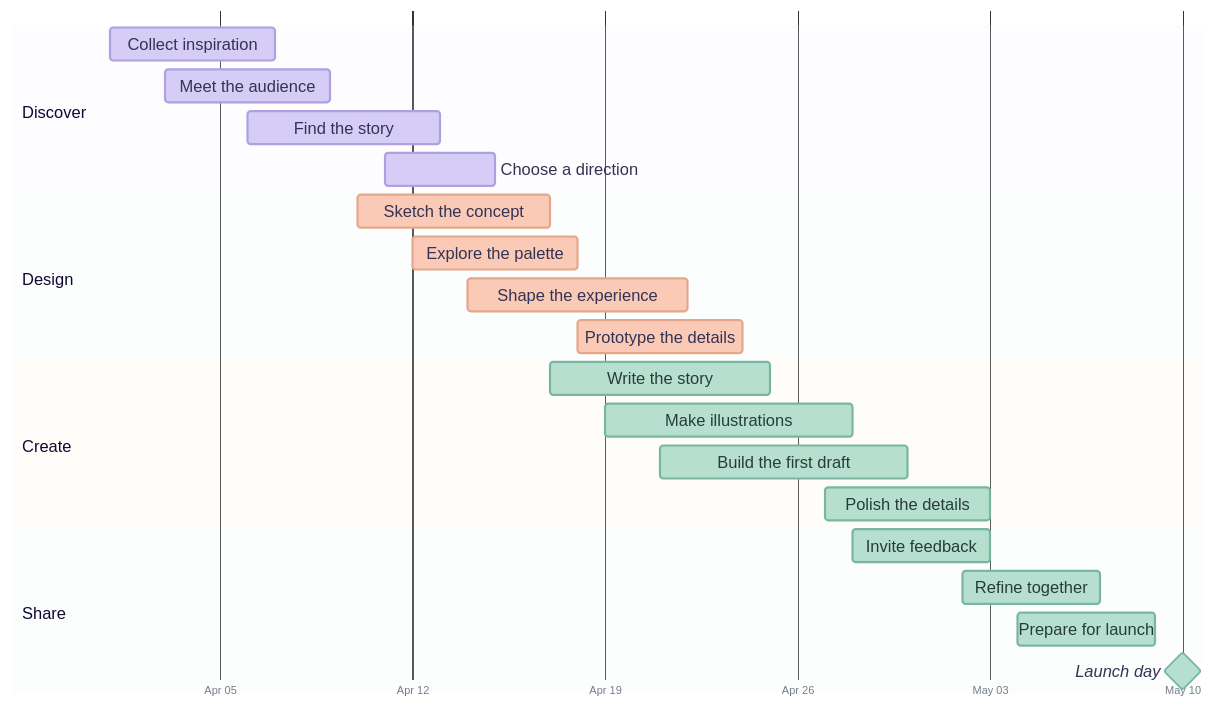
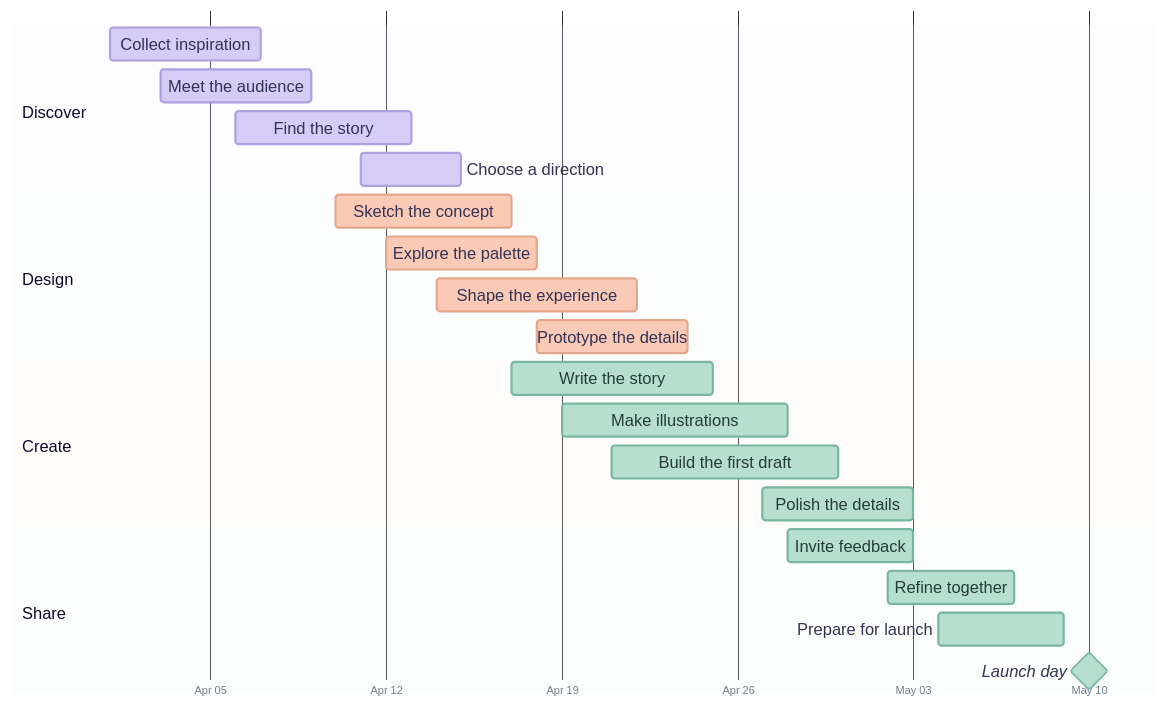
One commit to ThorFuchs/Swift-Mermaid changed the diagram in Examples/MermaidGallery/Sources/GalleryContent/Diagrams/gantt.mmd. Above: the diagram before and after it, drawn with Mermaid. The commit also changed 32 other files, not shown here.

Commit message:
Polish diagram gallery and release 0.1.5

```diff
--- a/Examples/MermaidGallery/Sources/GalleryContent/Diagrams/gantt.mmd
+++ b/Examples/MermaidGallery/Sources/GalleryContent/Diagrams/gantt.mmd
@@ -1,25 +1,25 @@
-%%{init: {'theme':'base', 'gantt': {'barHeight':30,'barGap':8,'topPadding':35,'leftPadding':90,'rightPadding':35,'fontSize':15,'sectionFontSize':15}, 'themeVariables': {'primaryColor':'#C5B8F3','primaryTextColor':'#333354','primaryBorderColor':'#9E91D4','lineColor':'#9A9AB1','sectionBkgColor':'#F3F0FF','altSectionBkgColor':'#EAF8F2','sectionBkgColor2':'#FFF2E7','taskBkgColor':'#B7DFD0','taskBorderColor':'#79B6A2','taskTextColor':'#263D38','activeTaskBkgColor':'#FACAB7','activeTaskBorderColor':'#E4A78C','doneTaskBkgColor':'#D5CDF5','doneTaskBorderColor':'#AEA0E1','gridColor':'#E4E4EF','todayLineColor':'#D3948D'}}}%%
+%%{init: {'theme':'base', 'gantt': {'barHeight':30,'barGap':8,'topPadding':35,'leftPadding':90,'rightPadding':120,'fontSize':15,'sectionFontSize':15}, 'themeVariables': {'primaryColor':'#C5B8F3','primaryTextColor':'#333354','primaryBorderColor':'#9E91D4','lineColor':'#9A9AB1','sectionBkgColor':'#F3F0FF','altSectionBkgColor':'#EAF8F2','sectionBkgColor2':'#FFF2E7','taskBkgColor':'#B7DFD0','taskBorderColor':'#79B6A2','taskTextColor':'#263D38','activeTaskBkgColor':'#FACAB7','activeTaskBorderColor':'#E4A78C','doneTaskBkgColor':'#D5CDF5','doneTaskBorderColor':'#AEA0E1','gridColor':'#E4E4EF','todayLineColor':'#D3948D'}}}%%
 gantt
     dateFormat YYYY-MM-DD
     axisFormat %b %d
     todayMarker off
     section Discover
     Collect inspiration :done, 2026-04-01, 6d
     Meet the audience   :done, 2026-04-03, 6d
     Find the story      :done, 2026-04-06, 7d
     Choose a direction  :done, 2026-04-11, 4d
     section Design
     Sketch the concept    :active, 2026-04-10, 7d
     Explore the palette   :active, 2026-04-12, 6d
     Shape the experience  :active, 2026-04-14, 8d
     Prototype the details :active, 2026-04-18, 6d
     section Create
     Write the story      :2026-04-17, 8d
     Make illustrations   :2026-04-19, 9d
     Build the first draft :2026-04-21, 9d
     Polish the details   :2026-04-27, 6d
     section Share
     Invite feedback    :2026-04-28, 5d
     Refine together    :2026-05-02, 5d
     Prepare for launch :2026-05-04, 5d
     Launch day         :milestone, 2026-05-10, 0d
```
